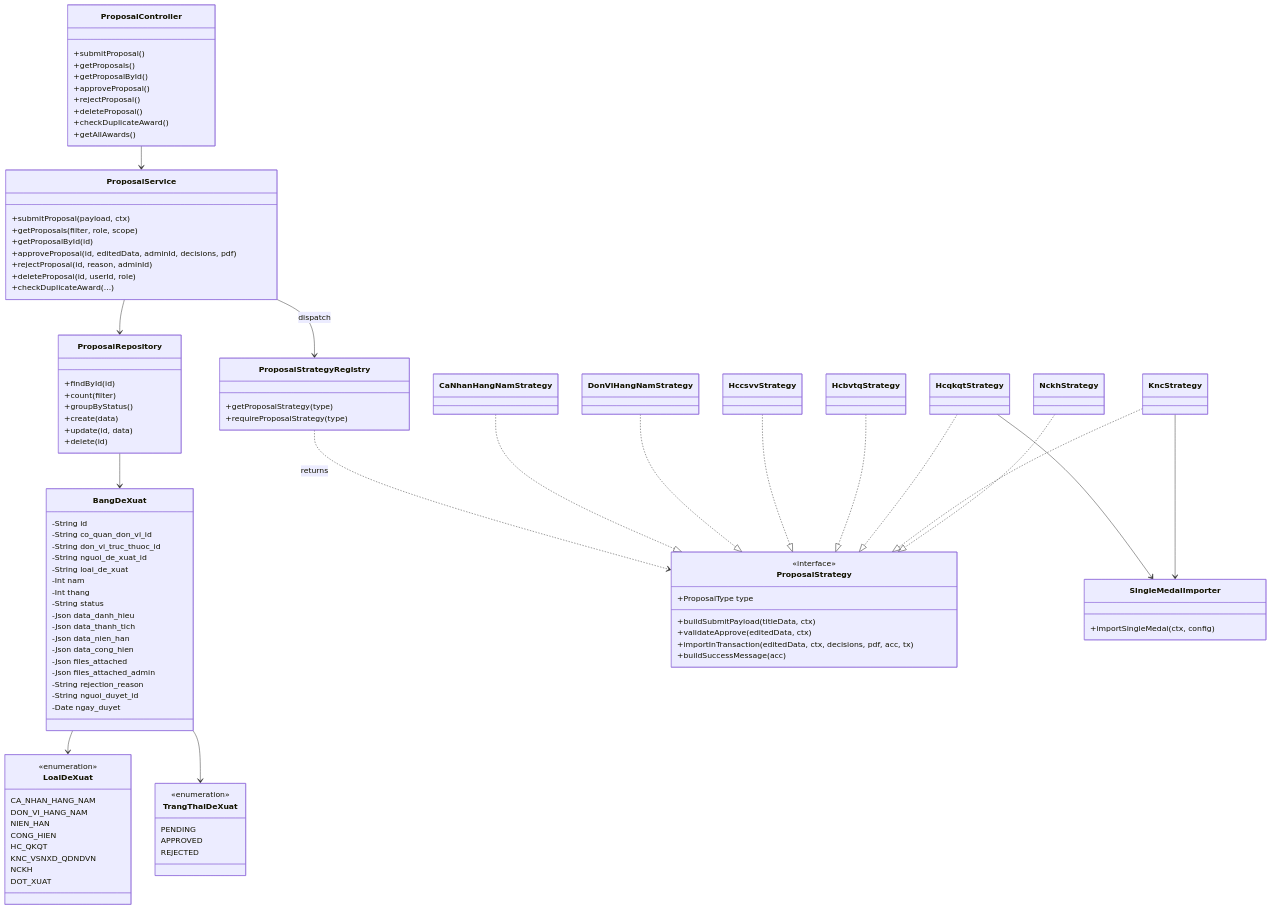
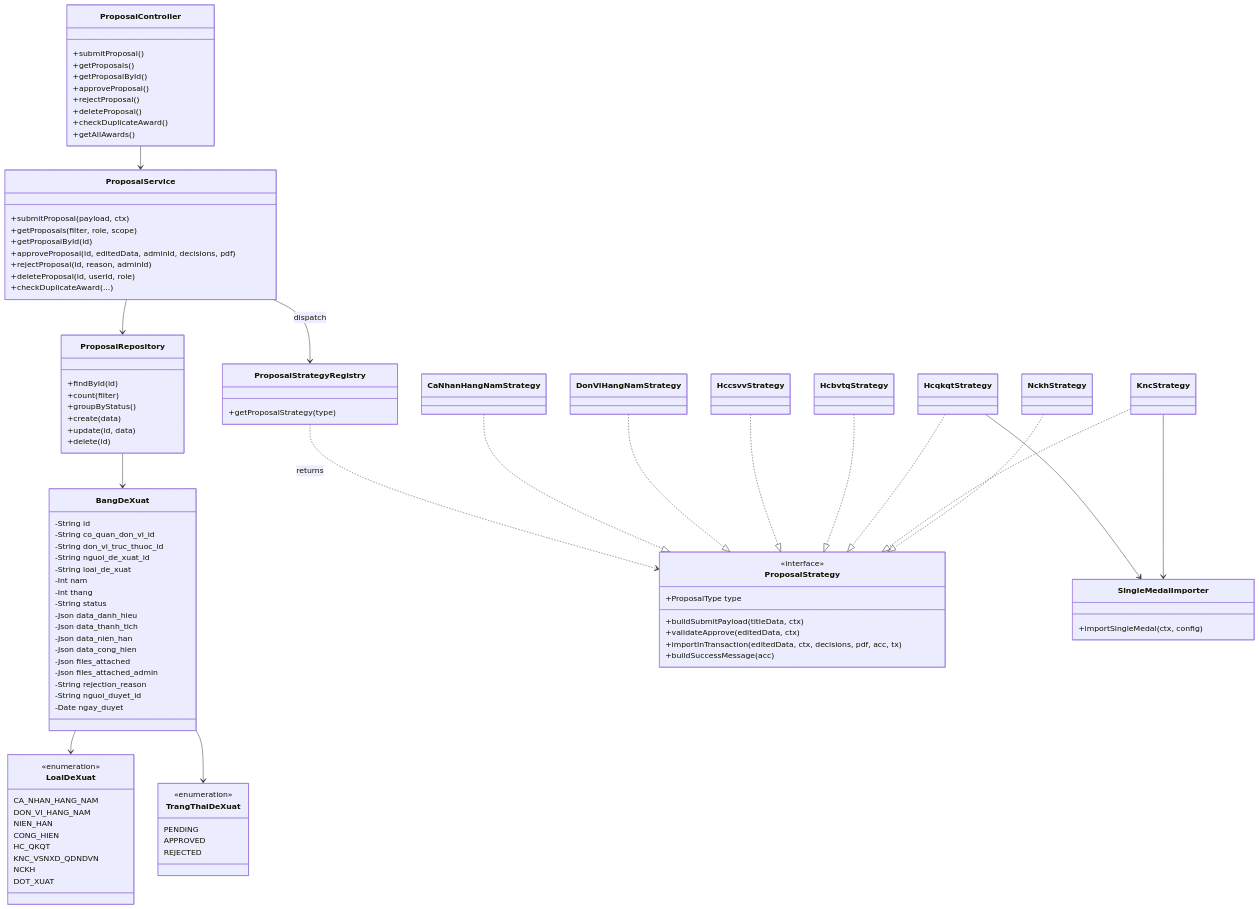
One commit to tranducbk/DATN_PM_QLKT changed the second of 3 diagrams in docs/diagrams/04-class.md. Above: the diagram before and after it, drawn with Mermaid. The commit also changed 283 other files, not shown here.

```diff
--- a/docs/diagrams/04-class.md
+++ b/docs/diagrams/04-class.md
@@ -315,7 +315,6 @@
     }
     class ProposalStrategyRegistry {
         +getProposalStrategy(type)
-        +requireProposalStrategy(type)
     }
     class CaNhanHangNamStrategy
     class DonViHangNamStrategy
```
